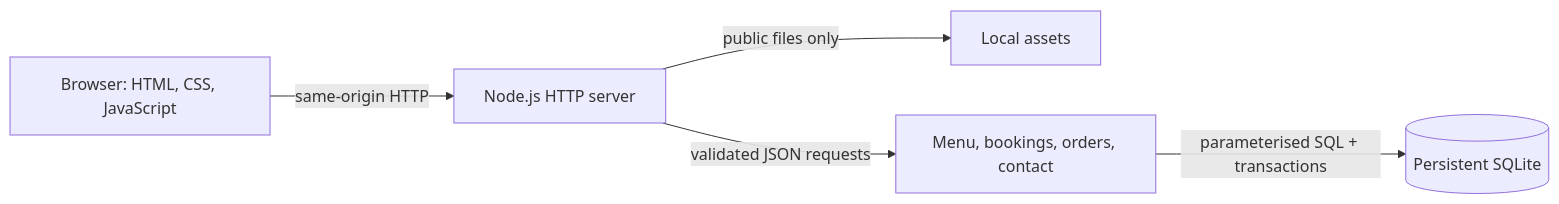
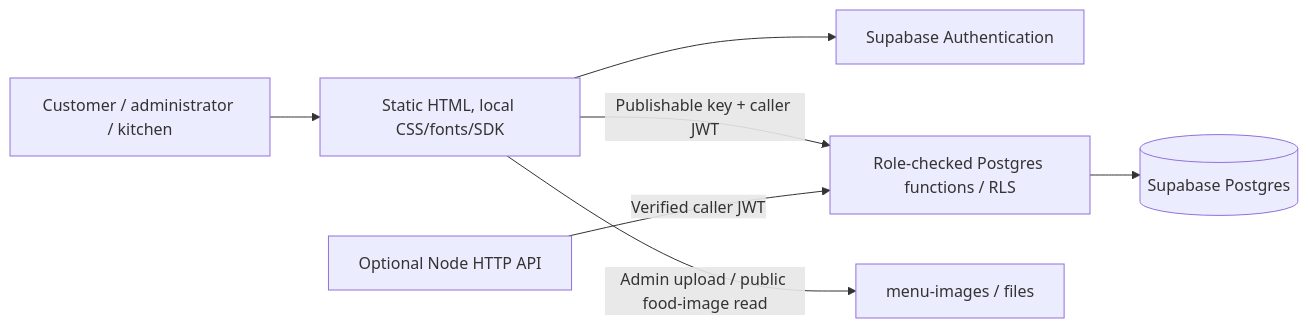
The first of 2 diagrams in docs/architecture.md (Marykamalaperli/Cafe_Website), drawn with Mermaid before and after one commit. The commit also changed other lines of this file and 53 other files, not shown here.

Commit message:
Add Supabase authentication, protected roles and menu image storage

````diff
--- a/docs/architecture.md
+++ b/docs/architecture.md
@@ -59,7 +5,9 @@
 ```mermaid
 flowchart LR
-  Browser[Browser: HTML, CSS, JavaScript] -->|same-origin HTTP| Server[Node.js HTTP server]
-  Server -->|public files only| Assets[Local assets]
-  Server -->|validated JSON requests| Operations[Menu, bookings, orders, contact]
-  Operations -->|parameterised SQL + transactions| SQLite[(Persistent SQLite)]
+  Browser[Customer / administrator / kitchen] --> Frontend[Static HTML, local CSS/fonts/SDK]
+  Frontend --> Auth[Supabase Authentication]
+  Frontend -->|Publishable key + caller JWT| RPC[Role-checked Postgres functions / RLS]
+  RPC --> DB[(Supabase Postgres)]
+  Frontend -->|Admin upload / public food-image read| Storage[menu-images / files]
+  Node[Optional Node HTTP API] -->|Verified caller JWT| RPC
 ```
````
